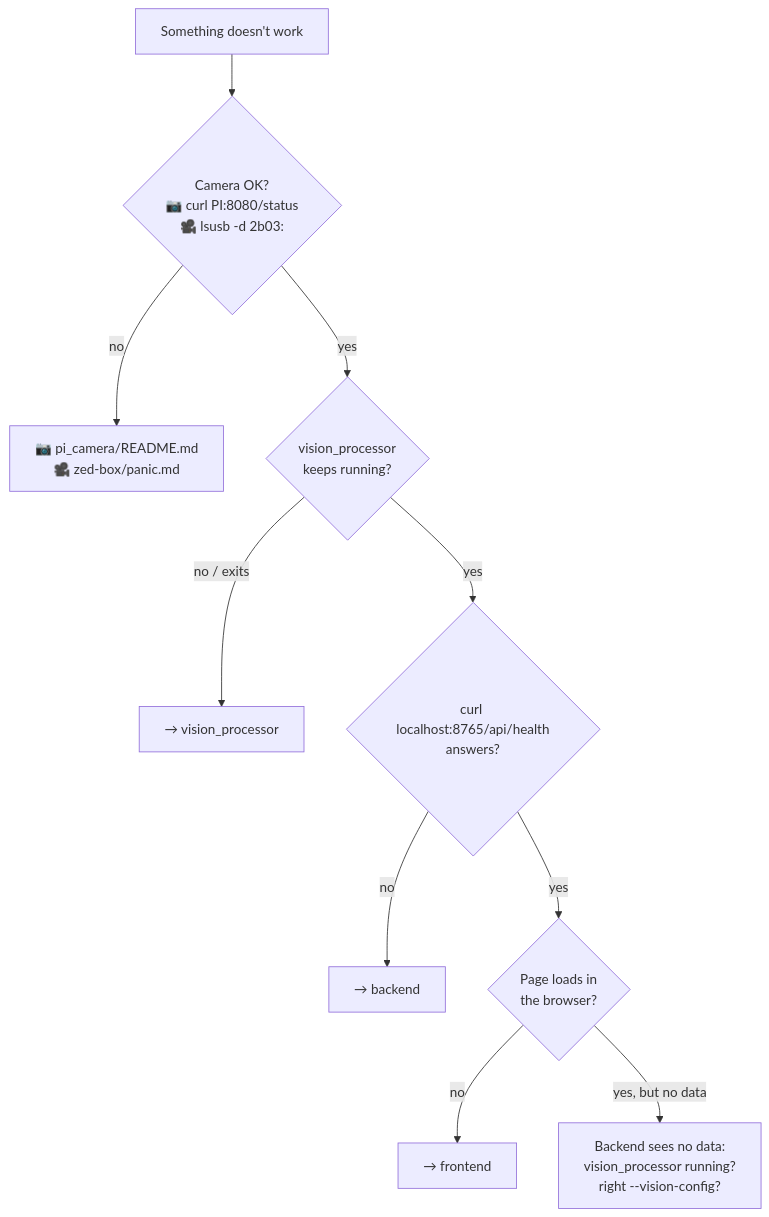
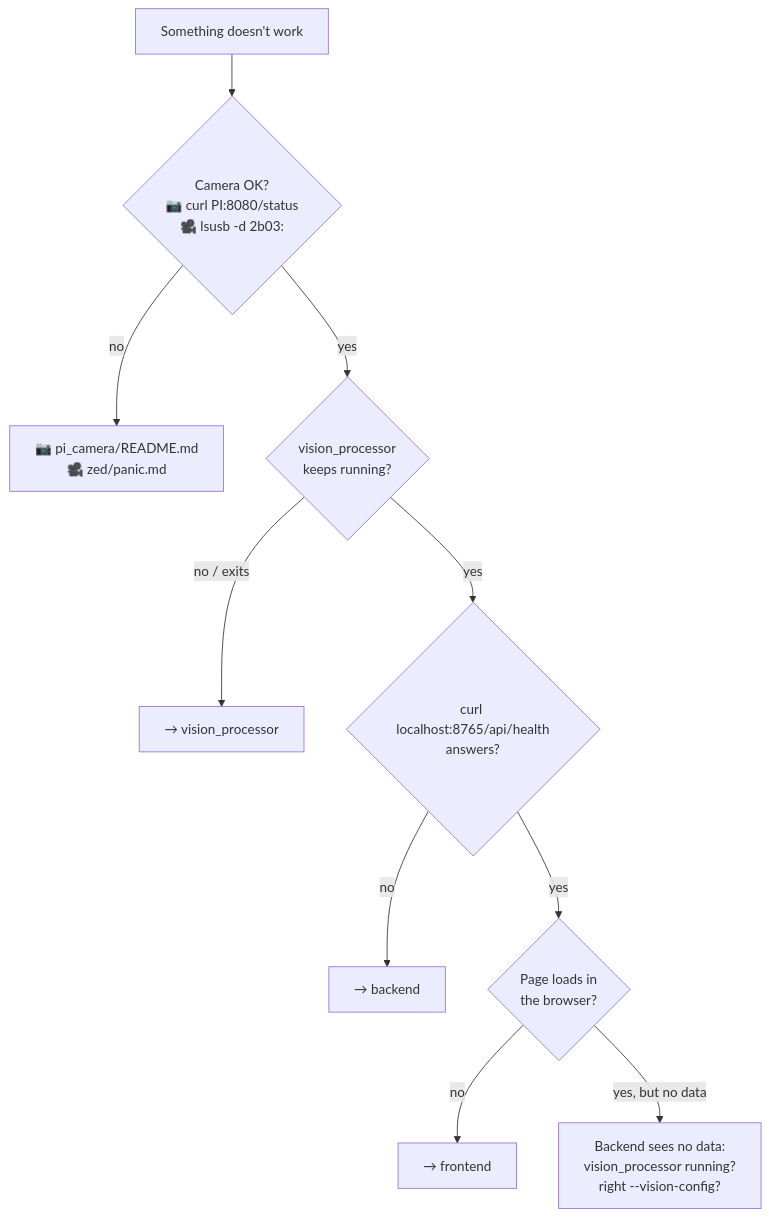
The first of 4 diagrams in docs/troubleshooting.md (WSU-TurtleRabbit/ssl-vision-processor), drawn with Mermaid before and after one commit. The commit also changed other lines of this file and 27 other files, not shown here.

````diff
--- a/docs/troubleshooting.md
+++ b/docs/troubleshooting.md
@@ -9,12 +9,12 @@
 ```mermaid
 flowchart TD
     S["Something doesn't work"] --> P{"Camera OK?<br/>📷 curl PI:8080/status<br/>🎥 lsusb -d 2b03:"}
-    P -->|no| PI["📷 pi_camera/README.md<br/>🎥 zed-box/panic.md"]
+    P -->|no| PI["📷 pi_camera/README.md<br/>🎥 zed/panic.md"]
     P -->|yes| V{"vision_processor<br/>keeps running?"}
     V -->|"no / exits"| VP["→ vision_processor"]
     V -->|yes| B{"curl localhost:8765/api/health<br/>answers?"}
     B -->|no| BE["→ backend"]
     B -->|yes| F{"Page loads in<br/>the browser?"}
     F -->|no| FE["→ frontend"]
     F -->|"yes, but no data"| D["Backend sees no data:<br/>vision_processor running?<br/>right --vision-config?"]
 ```
````
